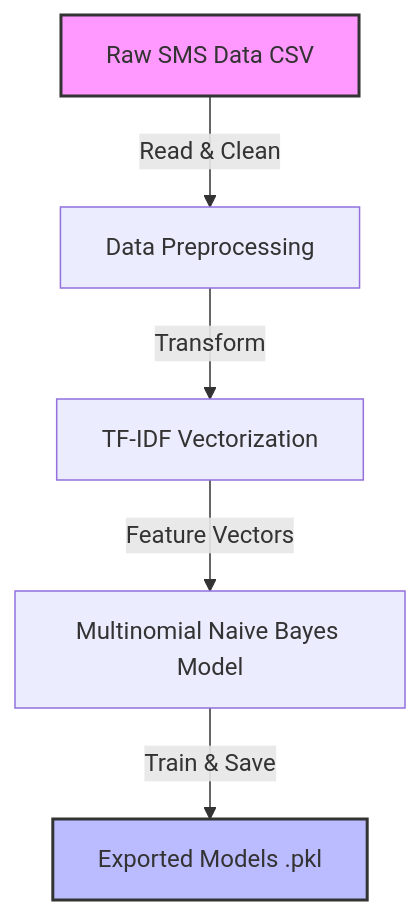
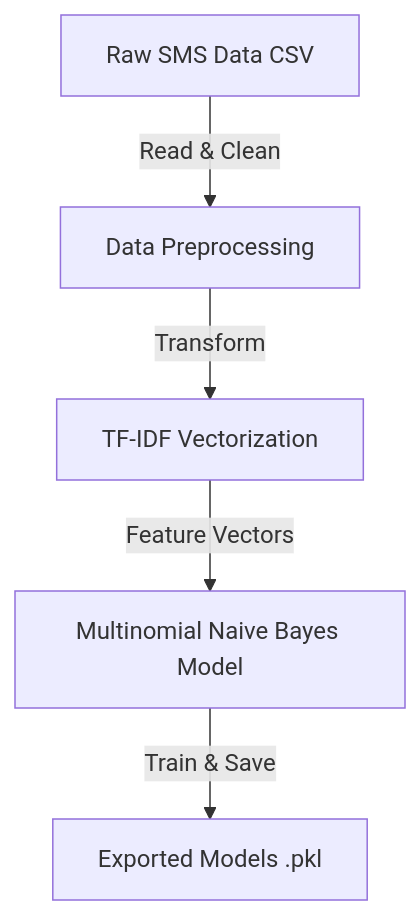
Before and after one commit to iamnitishpattar/SMS-spam-classifier: the first of 2 diagrams in README.md, drawn with Mermaid. The commit also changed other lines of this file, not shown here.

Commit message:
fix: remove custom mermaid styles for better dark mode readability

````diff
--- a/README.md
+++ b/README.md
@@ -47,10 +47,7 @@
 ```mermaid
 graph TD
     A[Raw SMS Data CSV] -->|Read & Clean| B[Data Preprocessing]
     B -->|Transform| C[TF-IDF Vectorization]
     C -->|Feature Vectors| D[Multinomial Naive Bayes Model]
     D -->|Train & Save| E[Exported Models .pkl]
-    
-    style A fill:#f9f,stroke:#333,stroke-width:2px
-    style E fill:#bbf,stroke:#333,stroke-width:2px
 ```
````
